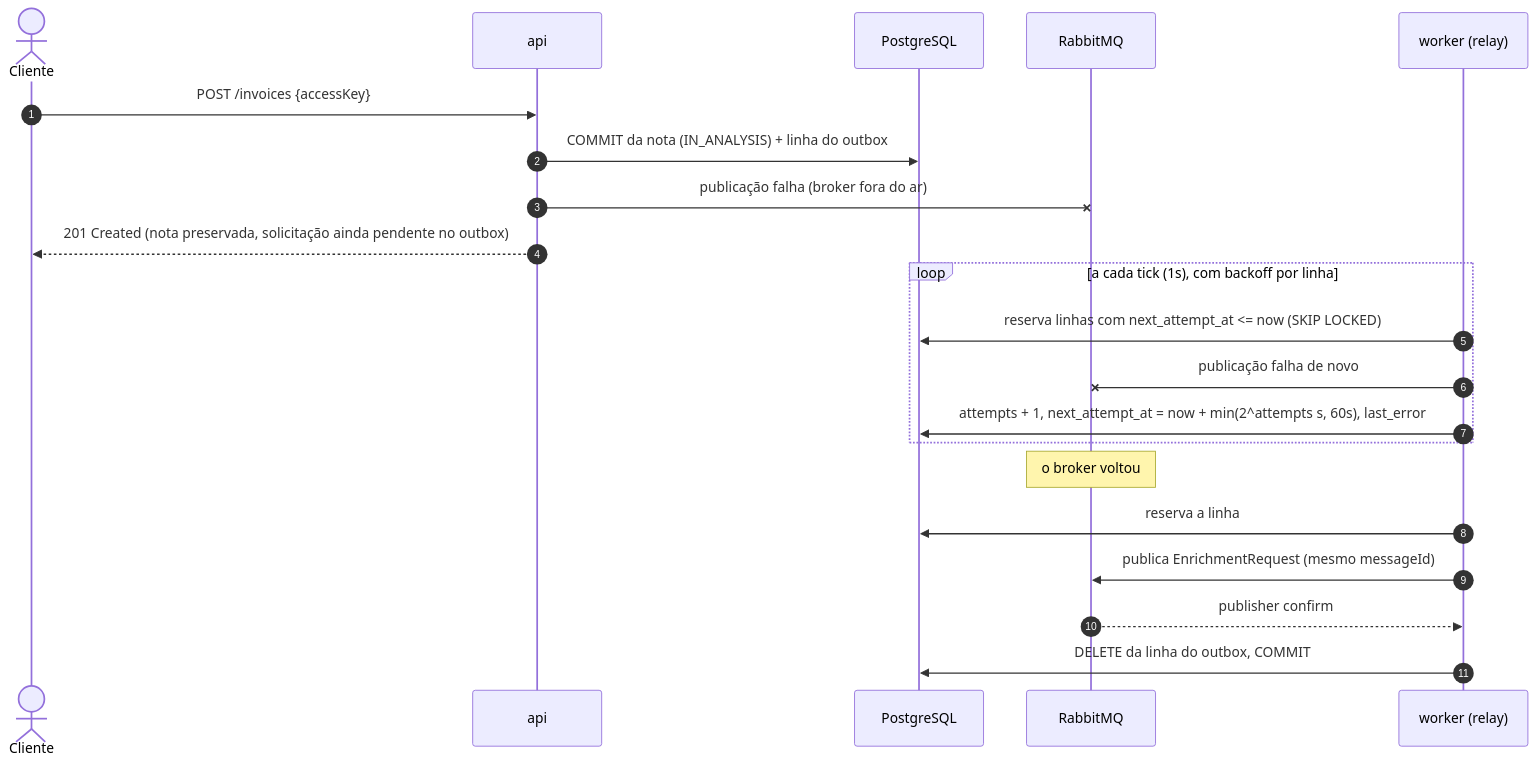
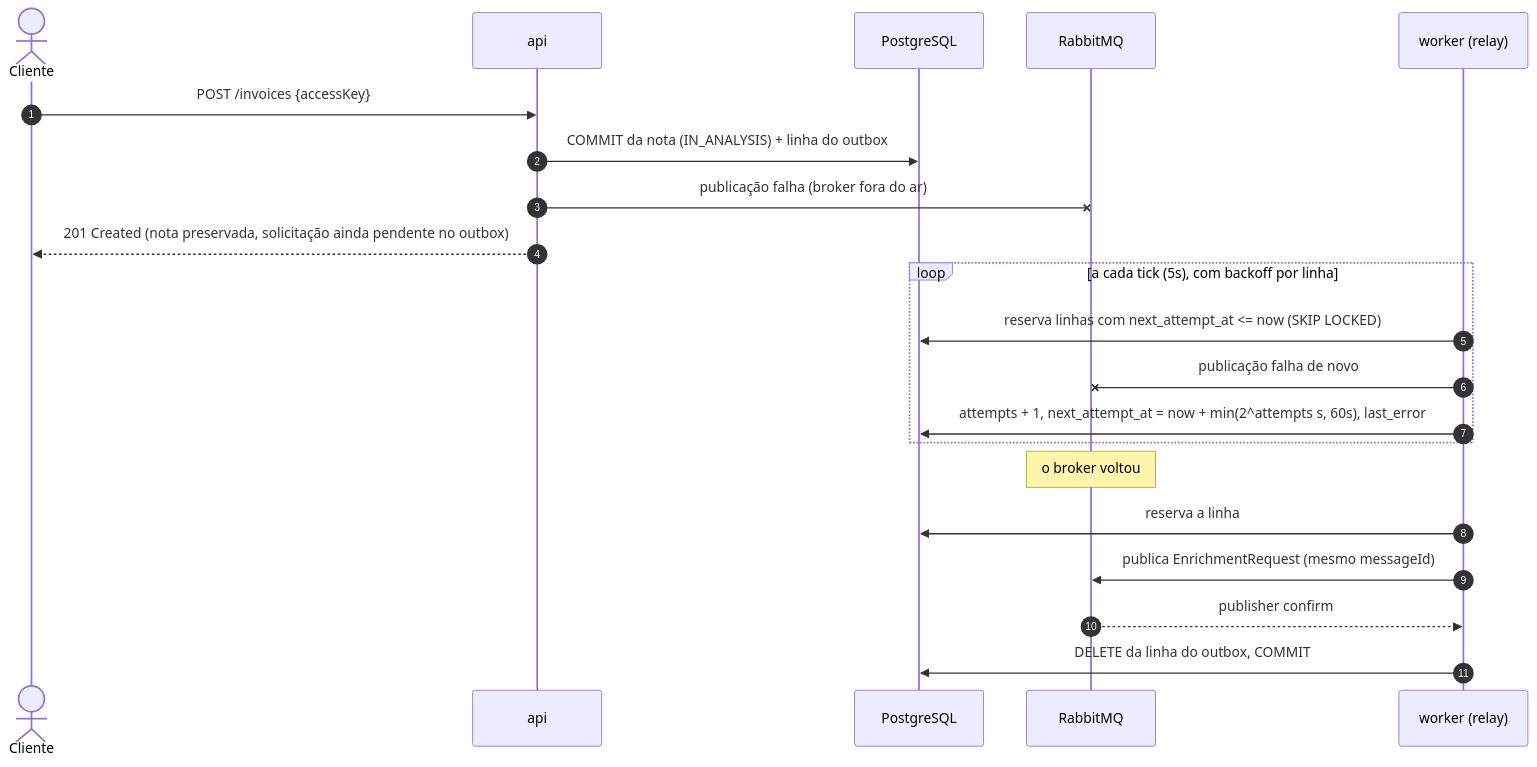
Before and after one commit to Matheus-Bezerra/invoice-processing-pipeline: the third of 7 diagrams in docs/flow.md, drawn with Mermaid. The commit also changed other lines of this file and 4 other files, not shown here.

````diff
--- a/docs/flow.md
+++ b/docs/flow.md
@@ -83,26 +83,26 @@
 ```mermaid
 sequenceDiagram
     autonumber
     actor C as Cliente
     participant API as api
     participant DB as PostgreSQL
     participant MQ as RabbitMQ
     participant W as worker (relay)
 
     C->>API: POST /invoices {accessKey}
     API->>DB: COMMIT da nota (IN_ANALYSIS) + linha do outbox
     API-xMQ: publicação falha (broker fora do ar)
     API-->>C: 201 Created (nota preservada, solicitação ainda pendente no outbox)
 
-    loop a cada tick (1s), com backoff por linha
+    loop a cada tick (5s), com backoff por linha
         W->>DB: reserva linhas com next_attempt_at <= now (SKIP LOCKED)
         W-xMQ: publicação falha de novo
         W->>DB: attempts + 1, next_attempt_at = now + min(2^attempts s, 60s), last_error
     end
 
     Note over MQ: o broker voltou
     W->>DB: reserva a linha
     W->>MQ: publica EnrichmentRequest (mesmo messageId)
     MQ-->>W: publisher confirm
     W->>DB: DELETE da linha do outbox, COMMIT
 ```
````
